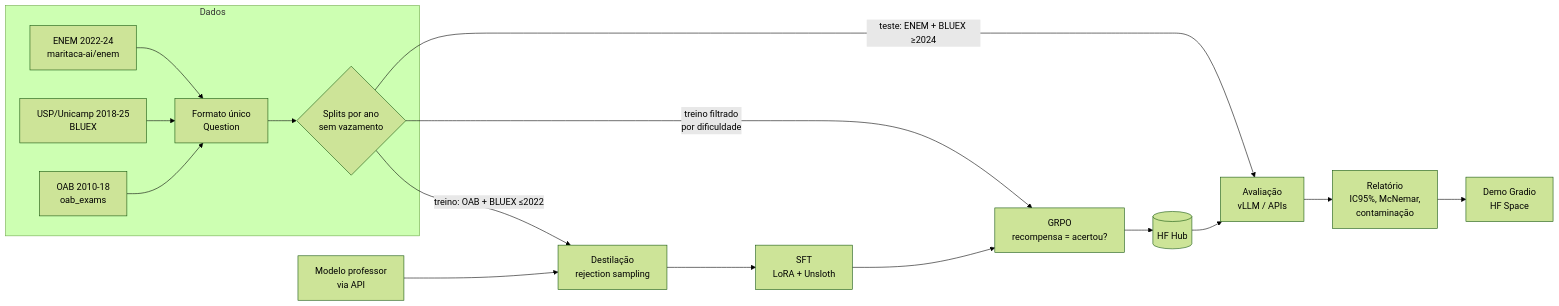
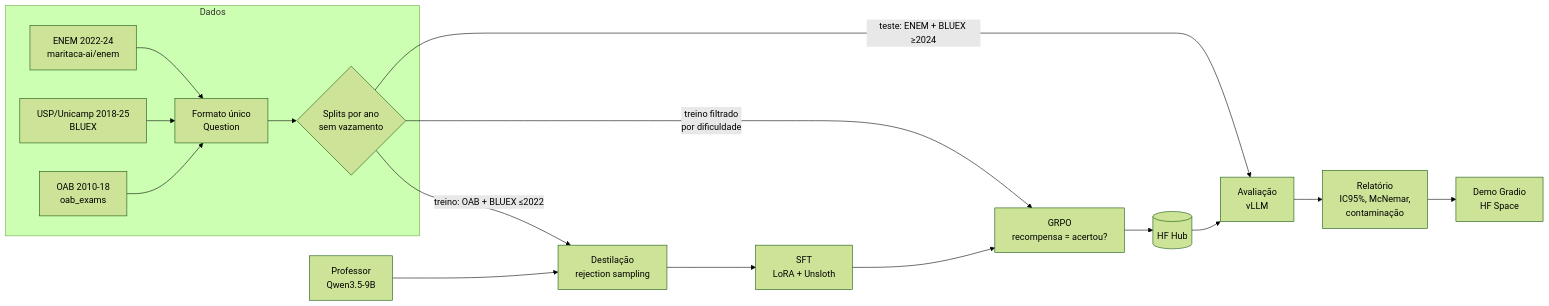
The diagram in README.md (MariaEduarda-jg/Text-to-SQL), drawn with Mermaid (forest theme) before and after one commit. The commit also changed other lines of this file and 30 other files, not shown here.

Commit message:
Professor local (Qwen3.5-9B), limite de requisições e notebooks do Kaggle

````diff
--- a/README.md
+++ b/README.md
@@ -35,19 +32,19 @@
 ```mermaid
 flowchart LR
     subgraph Dados
         A[ENEM 2022-24<br/>maritaca-ai/enem] --> N[Formato único<br/>Question]
         B[USP/Unicamp 2018-25<br/>BLUEX] --> N
         C[OAB 2010-18<br/>oab_exams] --> N
         N --> S{Splits por ano<br/>sem vazamento}
     end
     S -->|treino: OAB + BLUEX ≤2022| D[Destilação<br/>rejection sampling]
-    T[Modelo professor<br/>via API] --> D
+    T[Professor<br/>Qwen3.5-9B] --> D
     D --> SFT[SFT<br/>LoRA + Unsloth]
     SFT --> G[GRPO<br/>recompensa = acertou?]
     S -->|treino filtrado<br/>por dificuldade| G
     G --> HF[(HF Hub)]
-    S -->|teste: ENEM + BLUEX ≥2024| E[Avaliação<br/>vLLM / APIs]
+    S -->|teste: ENEM + BLUEX ≥2024| E[Avaliação<br/>vLLM]
     HF --> E
     E --> R[Relatório<br/>IC95%, McNemar,<br/>contaminação]
     R --> APP[Demo Gradio<br/>HF Space]
 ```
````
